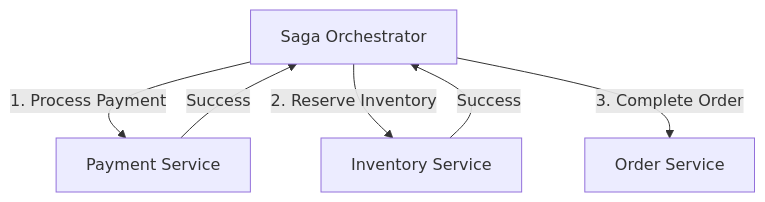
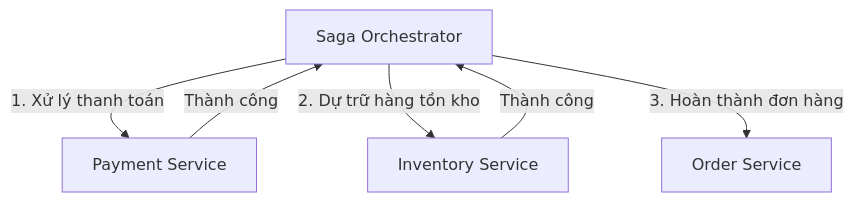
Before and after one commit to loihnt05/doan1: the second of 2 diagrams in handbook/docs/saga-pattern/introduction.md, drawn with Mermaid. The commit also changed other lines of this file and 8 other files, not shown here.

````diff
--- a/handbook/docs/saga-pattern/introduction.md
+++ b/handbook/docs/saga-pattern/introduction.md
@@ -112,8 +112,8 @@
 ```mermaid
 graph TD
-    O[Saga Orchestrator] -->|1. Process Payment| P[Payment Service]
-    P -->|Success| O
-    O -->|2. Reserve Inventory| I[Inventory Service]
-    I -->|Success| O
-    O -->|3. Complete Order| OO[Order Service]
+    O[Saga Orchestrator] -->|1. Xử lý thanh toán| P[Payment Service]
+    P -->|Thành công| O
+    O -->|2. Dự trữ hàng tồn kho| I[Inventory Service]
+    I -->|Thành công| O
+    O -->|3. Hoàn thành đơn hàng| OO[Order Service]
 ```
````
